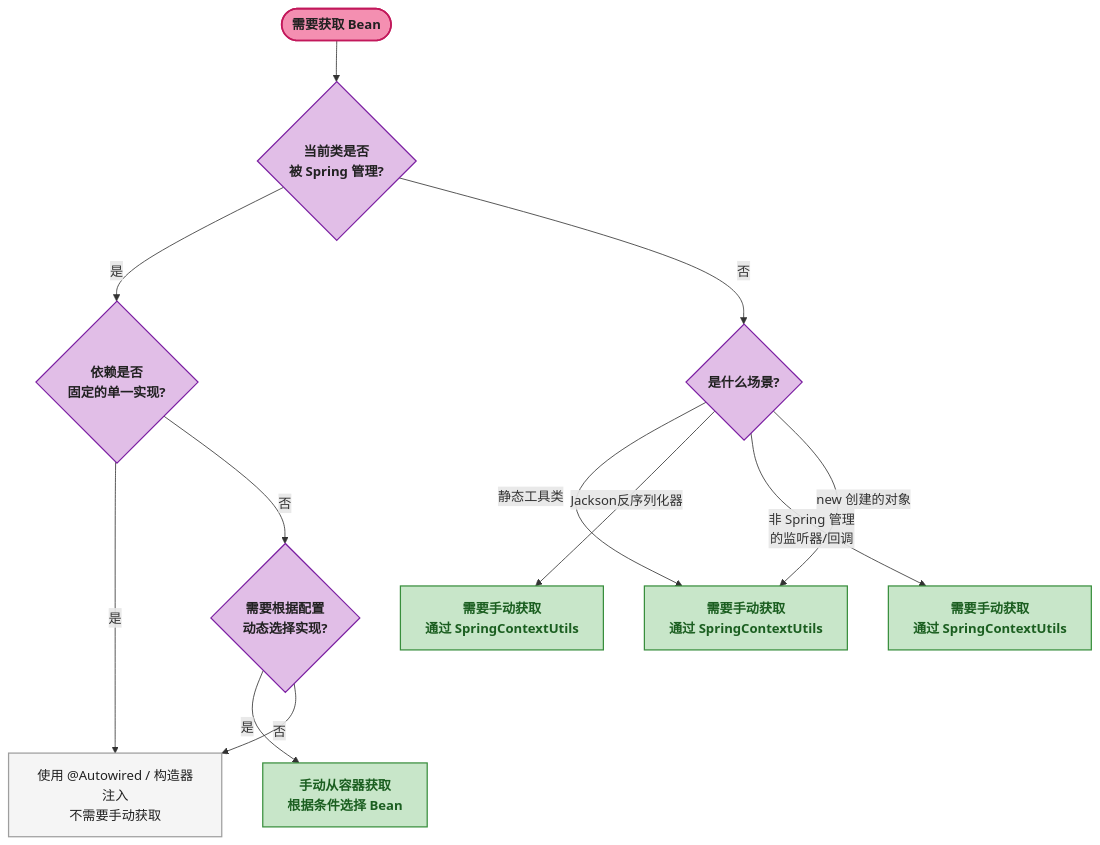
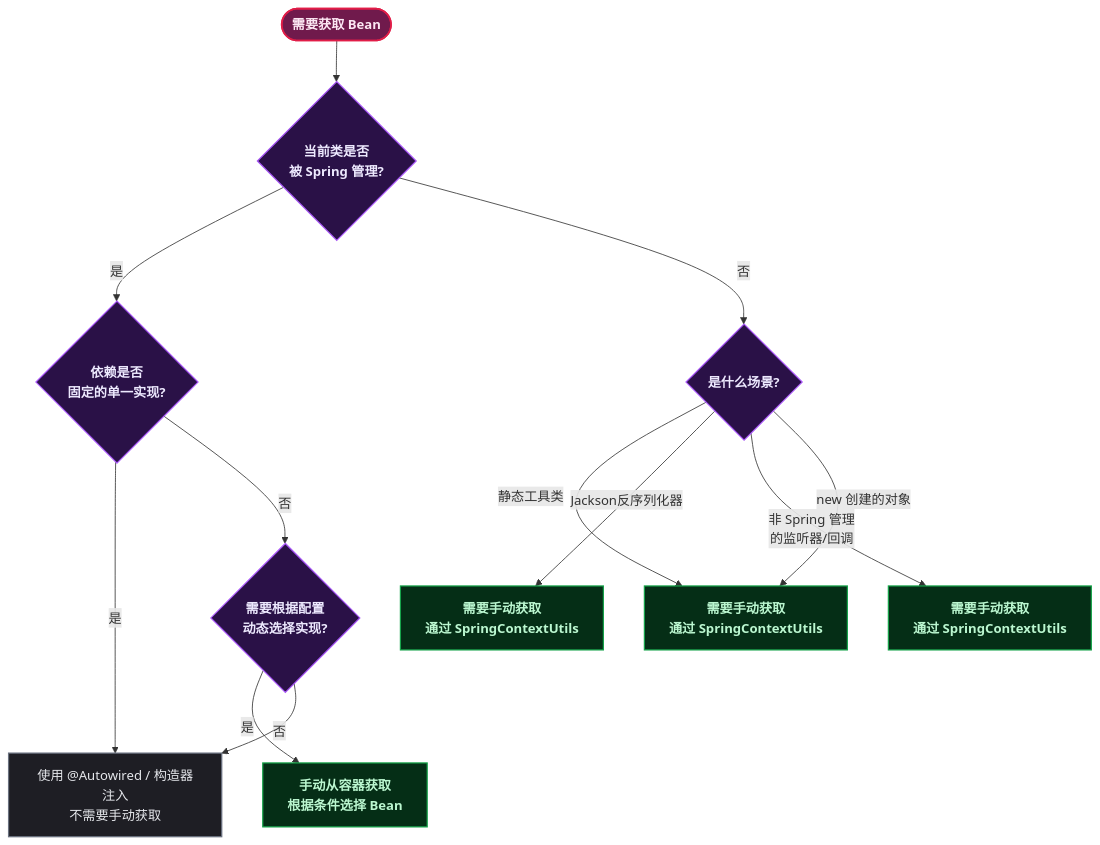
One commit to yaocat55/yaocat55.github.io changed the third of 5 diagrams in content/posts/spring/SpringBootContextClasses.md. Above: the diagram before and after it, drawn with Mermaid. The commit also changed other lines of this file and 155 other files, not shown here.

````diff
--- a/content/posts/spring/SpringBootContextClasses.md
+++ b/content/posts/spring/SpringBootContextClasses.md
@@ -402,26 +402,26 @@
 ```mermaid
 flowchart TD
-    classDef startEnd fill:#F48FB1,stroke:#C2185B,stroke-width:2px,color:#212121,font-weight:bold;
-    classDef condition fill:#E1BEE7,stroke:#7B1FA2,stroke-width:1.5px,color:#212121,font-weight:bold;
-    classDef process fill:#F5F5F5,stroke:#9E9E9E,stroke-width:1.5px,color:#212121;
-    classDef data fill:#C8E6C9,stroke:#388E3C,stroke-width:1.5px,color:#1B5E20,font-weight:bold;
+classDef startEnd fill:#701a4c,stroke:#e11d48,stroke-width:2px,color:#fce7f3,font-weight:bold;
+classDef condition fill:#2a1147,stroke:#a855f7,stroke-width:1.5px,color:#ede9fe,font-weight:bold;
+classDef process fill:#1e1e24,stroke:#6b7280,stroke-width:1.5px,color:#e5e7eb;
+classDef data fill:#052e16,stroke:#16a34a,stroke-width:1.5px,color:#bbf7d0,font-weight:bold;
 
     START([需要获取 Bean]) --> Q1{"当前类是否\n被 Spring 管理?"}
 
     Q1 -- 是 --> Q2{"依赖是否\n固定的单一实现?"}
     Q2 -- 是 --> NORMAL["使用 @Autowired / 构造器注入\n不需要手动获取"]
     Q2 -- 否 --> Q3{"需要根据配置\n动态选择实现?"}
     Q3 -- 是 --> MANUAL["手动从容器获取\n根据条件选择 Bean"]
     Q3 -- 否 --> NORMAL
 
     Q1 -- 否 --> Q4{"是什么场景?"}
     Q4 -- 静态工具类 --> NEED1["需要手动获取\n通过 SpringContextUtils"]
     Q4 -- Jackson反序列化器 --> NEED2["需要手动获取\n通过 SpringContextUtils"]
     Q4 -- 非 Spring 管理\n的监听器/回调 --> NEED3["需要手动获取\n通过 SpringContextUtils"]
     Q4 -- new 创建的对象 --> NEED1
 
     class START startEnd;
     class Q1,Q2,Q3,Q4 condition;
     class NORMAL process;
     class NEED1,NEED2,NEED3,MANUAL data;
 ```
````
